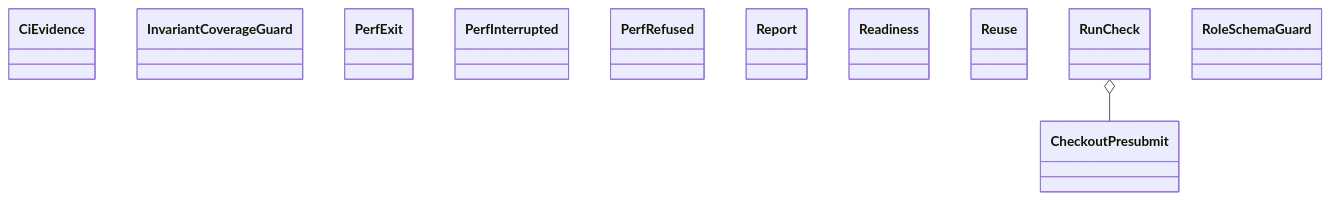
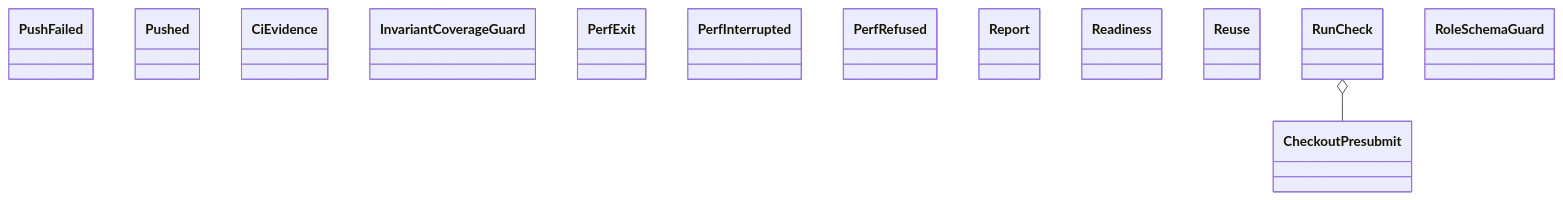
One commit to GonzaloZevallos/agentic-system changed the diagram in docs/architecture/generated/classes-process-application-checks.md. Above: the diagram before and after it, drawn with Mermaid. The commit also changed other lines of this file and 19 other files, not shown here.

````diff
--- a/docs/architecture/generated/classes-process-application-checks.md
+++ b/docs/architecture/generated/classes-process-application-checks.md
@@ -16,15 +16,17 @@
 ```mermaid
 classDiagram
+    class ci_push__PushFailed["PushFailed"]
+    class ci_push__Pushed["Pushed"]
     class ci_review__CiEvidence["CiEvidence"]
     class coverage_guard__InvariantCoverageGuard["InvariantCoverageGuard"]
     class perf__PerfExit["PerfExit"]
     class perf__PerfInterrupted["PerfInterrupted"]
     class perf__PerfRefused["PerfRefused"]
     class perf__Report["Report"]
     class presubmit__CheckoutPresubmit["CheckoutPresubmit"]
     class presubmit__Readiness["Readiness"]
     class presubmit__Reuse["Reuse"]
     class run_check__RunCheck["RunCheck"]
     class schema_guard__RoleSchemaGuard["RoleSchemaGuard"]
     run_check__RunCheck o-- presubmit__CheckoutPresubmit
 ```
````
